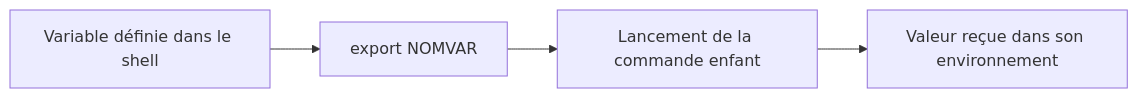
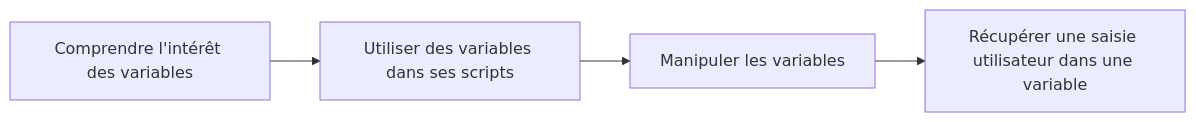
The second of 5 diagrams in docs/modules/11-initiation-scripting-bash/module-04-les-variables-dans-les-scripts.md (sk34pk25/tssr-cours), drawn with Mermaid before and after one commit. The commit also changed other lines of this file and 7 other files, not shown here.

````diff
--- a/docs/modules/11-initiation-scripting-bash/module-04-les-variables-dans-les-scripts.md
+++ b/docs/modules/11-initiation-scripting-bash/module-04-les-variables-dans-les-scripts.md
@@ -93,6 +72,10 @@
 ```mermaid
 flowchart LR
-    A["Variable définie dans le shell"] --> B["export NOMVAR"]
-    B --> C["Lancement de la commande enfant"]
-    C --> D["Valeur reçue dans son environnement"]
+    N1["Comprendre l'intérêt des variables"]
+    N2["Utiliser des variables dans ses scripts"]
+    N3["Manipuler les variables"]
+    N4["Récupérer une saisie utilisateur dans une variable"]
+    N1 --> N2
+    N2 --> N3
+    N3 --> N4
 ```
````
